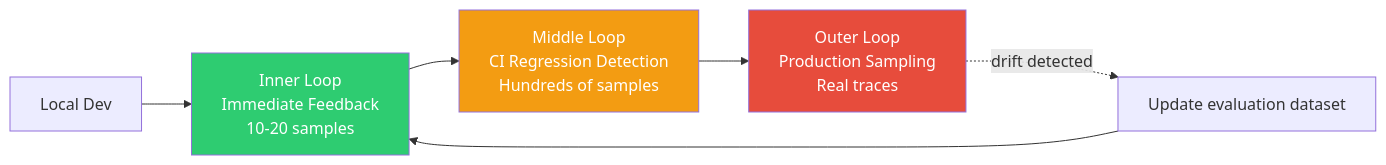
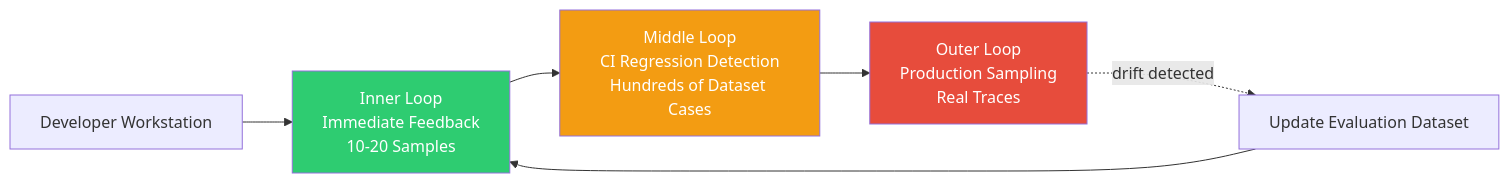
One commit to devfloor9/engineering-playbook changed the first of 3 diagrams in i18n/en/docusaurus-plugin-content-docs/current/aidlc/toolchain/evaluation-framework.md. Above: the diagram before and after it, drawn with Mermaid. The commit also changed other lines of this file, not shown here.

Commit message:
docs(i18n): complete AIDLC evaluation coverage (#31)

````diff
--- a/i18n/en/docusaurus-plugin-content-docs/current/aidlc/toolchain/evaluation-framework.md
+++ b/i18n/en/docusaurus-plugin-content-docs/current/aidlc/toolchain/evaluation-framework.md
@@ -59,12 +57,12 @@
 ```mermaid
 flowchart LR
-    Dev[Local Dev] --> Inner[Inner Loop<br/>Immediate Feedback<br/>10-20 samples]
-    Inner --> CI[Middle Loop<br/>CI Regression Detection<br/>Hundreds of samples]
-    CI --> Prod[Outer Loop<br/>Production Sampling<br/>Real traces]
-    Prod -. drift detected .-> Dataset[Update evaluation dataset]
+    Dev[Developer Workstation] --> Inner[Inner Loop<br/>Immediate Feedback<br/>10-20 Samples]
+    Inner --> CI[Middle Loop<br/>CI Regression Detection<br/>Hundreds of Dataset Cases]
+    CI --> Prod[Outer Loop<br/>Production Sampling<br/>Real Traces]
+    Prod -. drift detected .-> Dataset[Update Evaluation Dataset]
     Dataset --> Inner
 
     style Inner fill:#2ecc71,color:#fff
     style CI fill:#f39c12,color:#fff
     style Prod fill:#e74c3c,color:#fff
 ```
````
